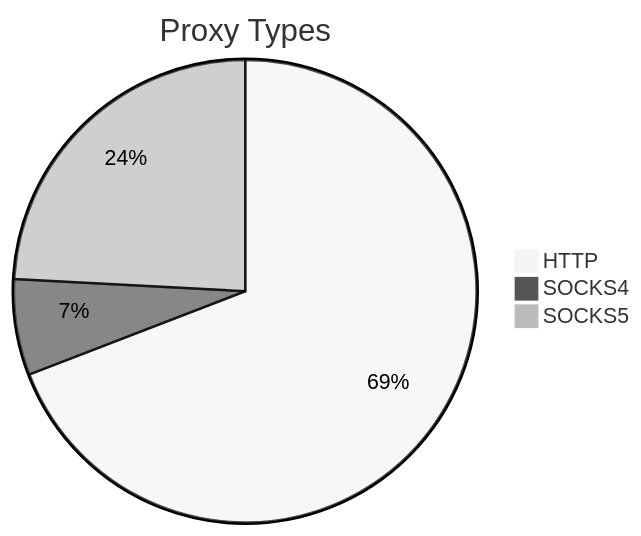
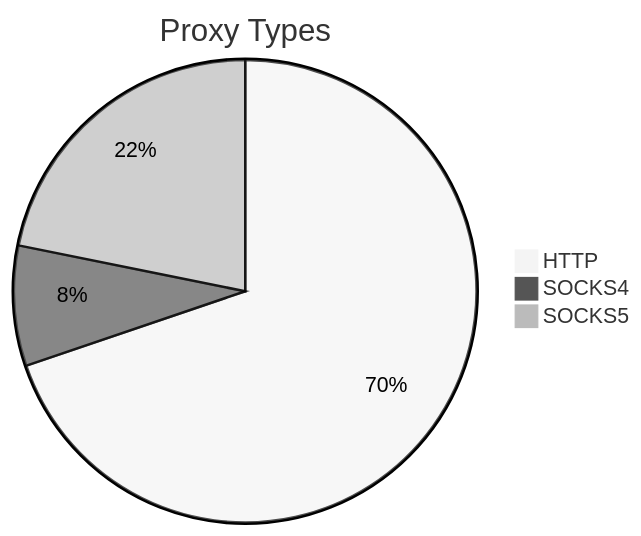
One commit to stormsia/proxy-list changed the first of 2 diagrams in README.md. Above: the diagram before and after it, drawn with Mermaid (neutral theme). The commit also changed other lines of this file, not shown here.

````diff
--- a/README.md
+++ b/README.md
@@ -21,6 +21,6 @@
 ```mermaid
 pie title Proxy Types
-    "HTTP" : 455
-    "SOCKS4" : 44
-    "SOCKS5" : 159
+    "HTTP" : 291
+    "SOCKS4" : 35
+    "SOCKS5" : 91
 ```
````
